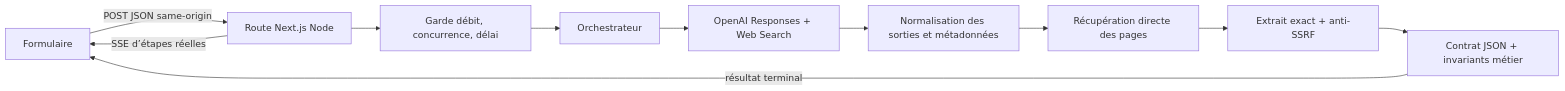
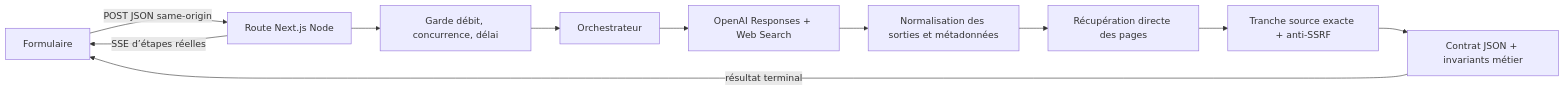
One commit to ElGrandeXu/genial-deep-research changed the diagram in docs/ARCHITECTURE.md. Above: the diagram before and after it, drawn with Mermaid. The commit also changed other lines of this file and 22 other files, not shown here.

````diff
--- a/docs/ARCHITECTURE.md
+++ b/docs/ARCHITECTURE.md
@@ -11,13 +11,13 @@
 ```mermaid
 flowchart LR
     U[Formulaire] -->|POST JSON same-origin| R[Route Next.js Node]
     R -->|SSE d’étapes réelles| U
     R --> G[Garde débit, concurrence, délai]
     G --> O[Orchestrateur]
     O --> A[OpenAI Responses + Web Search]
     A --> M[Normalisation des sorties et métadonnées]
     M --> F[Récupération directe des pages]
-    F --> V[Extrait exact + anti-SSRF]
+    F --> V[Tranche source exacte + anti-SSRF]
     V --> D[Contrat JSON + invariants métier]
     D -->|résultat terminal| U
 ```
````
